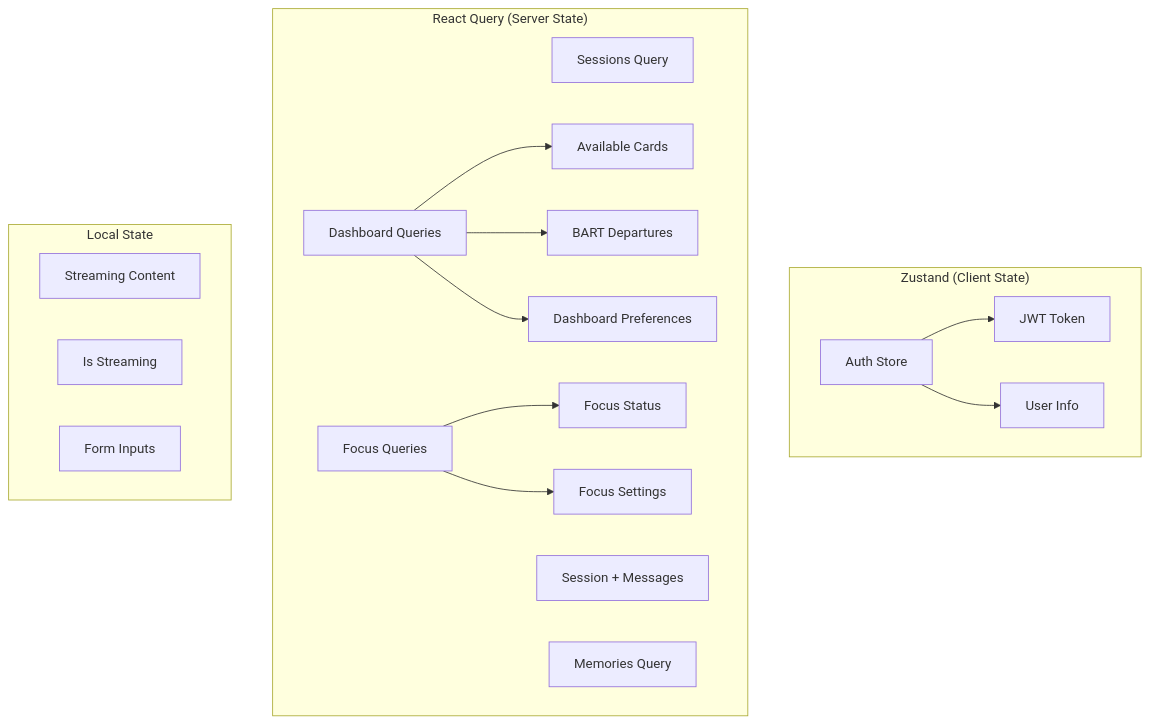
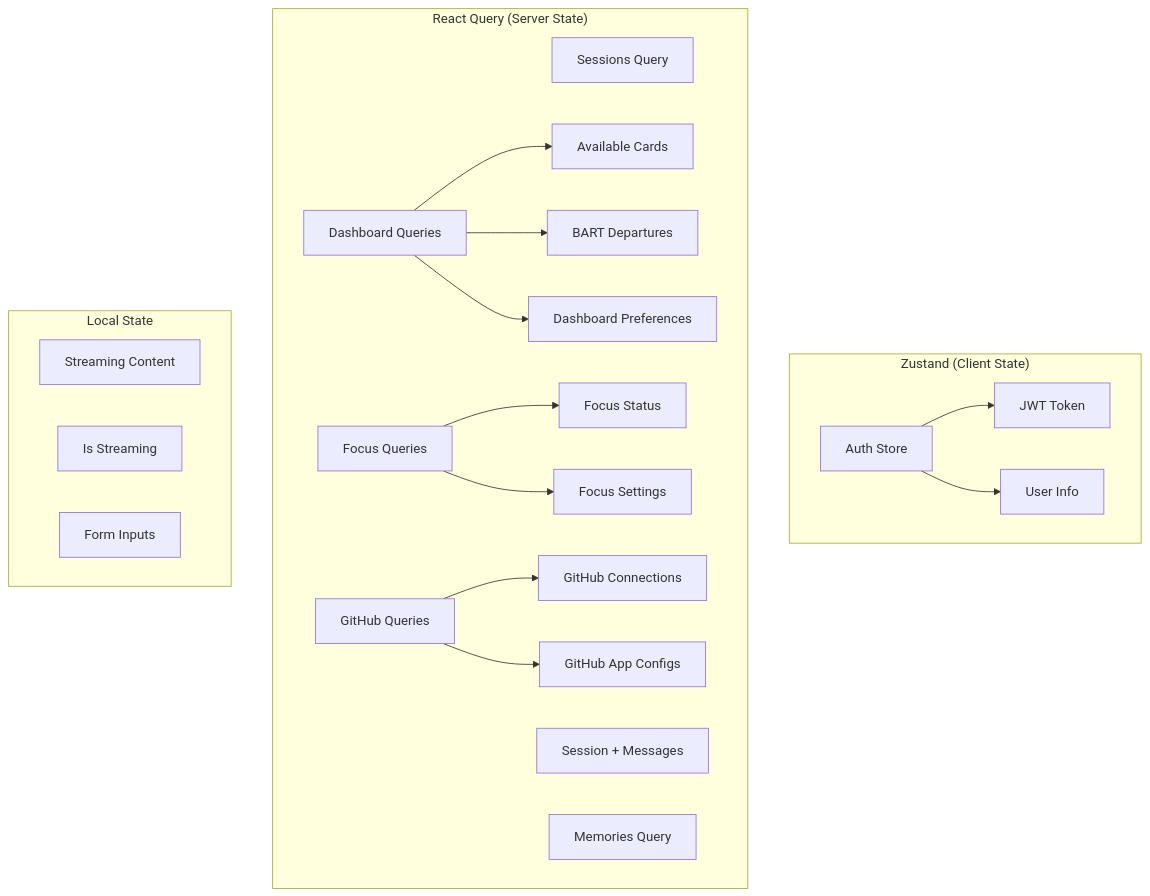
The third of 4 diagrams in .claude/diagrams/frontend-architecture.md (tekkno89/alfred-pa), drawn with Mermaid before and after one commit. The commit also changed other lines of this file and 45 other files, not shown here.

First line of the commit message:
feat: Add GitHub integration with per-user App configs, OAuth, PAT, and envelope encryption

````diff
--- a/.claude/diagrams/frontend-architecture.md
+++ b/.claude/diagrams/frontend-architecture.md
@@ -76,27 +82,30 @@
 ```mermaid
 flowchart TD
     subgraph "Zustand (Client State)"
         AuthStore[Auth Store]
         AuthStore --> Token[JWT Token]
         AuthStore --> User[User Info]
     end
 
     subgraph "React Query (Server State)"
         Sessions[Sessions Query]
         Session[Session + Messages]
         Memories[Memories Query]
         Dashboard[Dashboard Queries]
         FocusQueries[Focus Queries]
         Dashboard --> AvailableCards[Available Cards]
         Dashboard --> BartDepartures[BART Departures]
         Dashboard --> DashboardPrefs[Dashboard Preferences]
         FocusQueries --> FocusStatus[Focus Status]
         FocusQueries --> FocusSettings[Focus Settings]
+        GitHubQueries[GitHub Queries]
+        GitHubQueries --> GitHubConnections[GitHub Connections]
+        GitHubQueries --> GitHubAppConfigs[GitHub App Configs]
     end
 
     subgraph "Local State"
         StreamingContent[Streaming Content]
         IsStreaming[Is Streaming]
         FormInputs[Form Inputs]
     end
 ```
````
